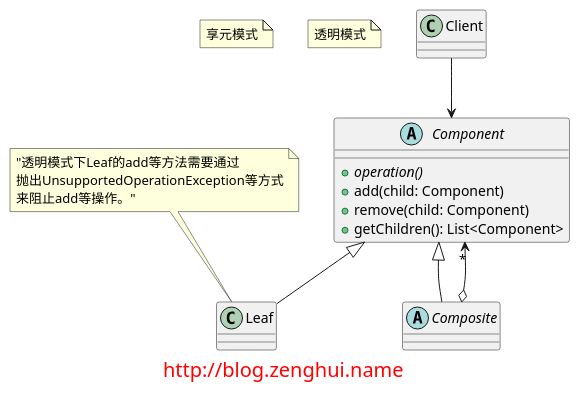
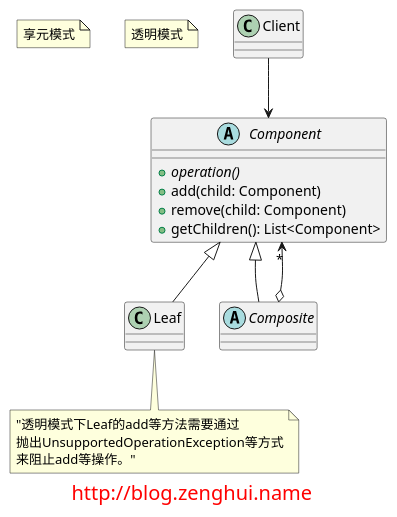
The diagram in composite/diagrams/pattern2.puml (elvinzeng/java-design-pattern-samples), drawn with PlantUML before and after one commit. The commit also changed 1 other file, not shown here.

Commit message:
更新组合模式的类图

```diff
--- a/composite/diagrams/pattern2.puml
+++ b/composite/diagrams/pattern2.puml
@@ -1,33 +1,33 @@
 @startuml
 
 note "享元模式" as name
 note "透明模式" as mode
 
 abstract class Component{
     + {abstract} operation()
     + add(child: Component)
     + remove(child: Component)
     + getChildren(): List<Component>
 }
 
 class Leaf{
 
 }
 
-note top of Leaf : "透明模式下Leaf的add等方法需要通过\n抛出UnsupportedOperationException等方式\n来阻止add等操作。"
+note bottom of Leaf : "透明模式下Leaf的add等方法需要通过\n抛出UnsupportedOperationException等方式\n来阻止add等操作。"
 
 abstract class Composite {
 
 }
 
 Component <|-- Leaf
 Component <|-- Composite
 Component "*" <--o Composite
 
 Client --> Component
 
 footer
 <font size="20" color="red">http://blog.zenghui.name</font>
 endfooter
 
 @enduml
```
